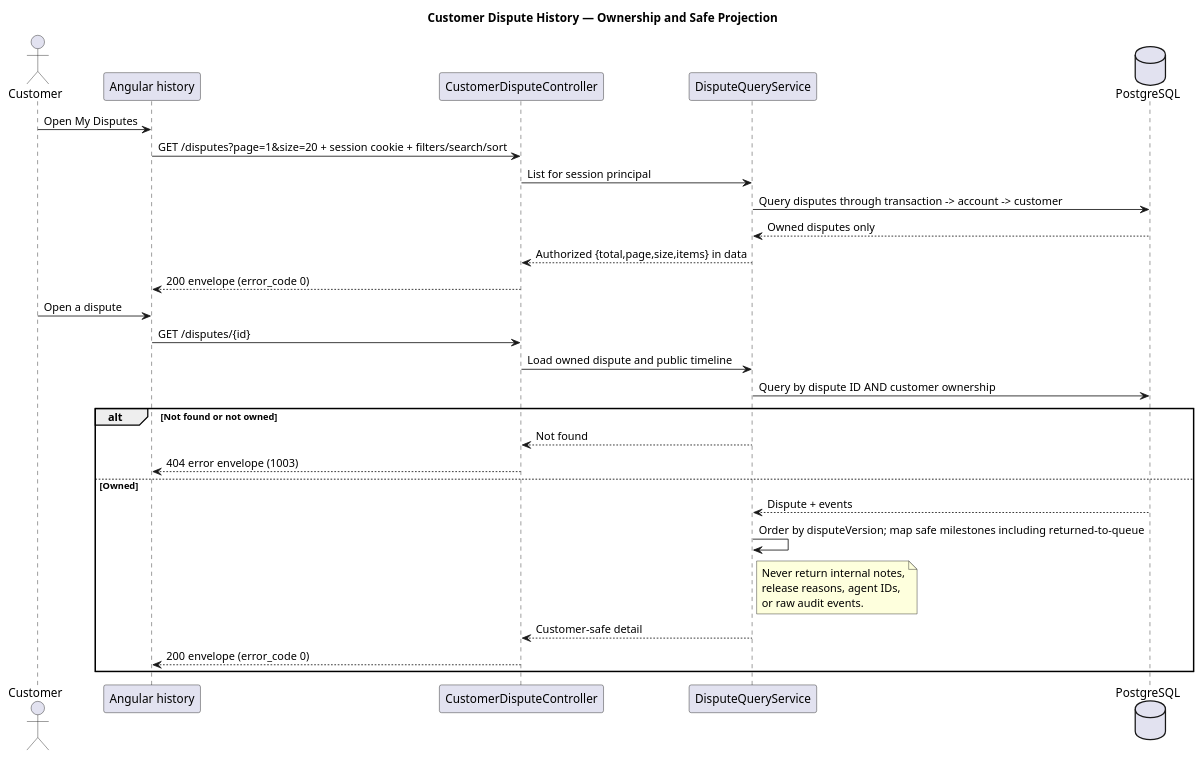
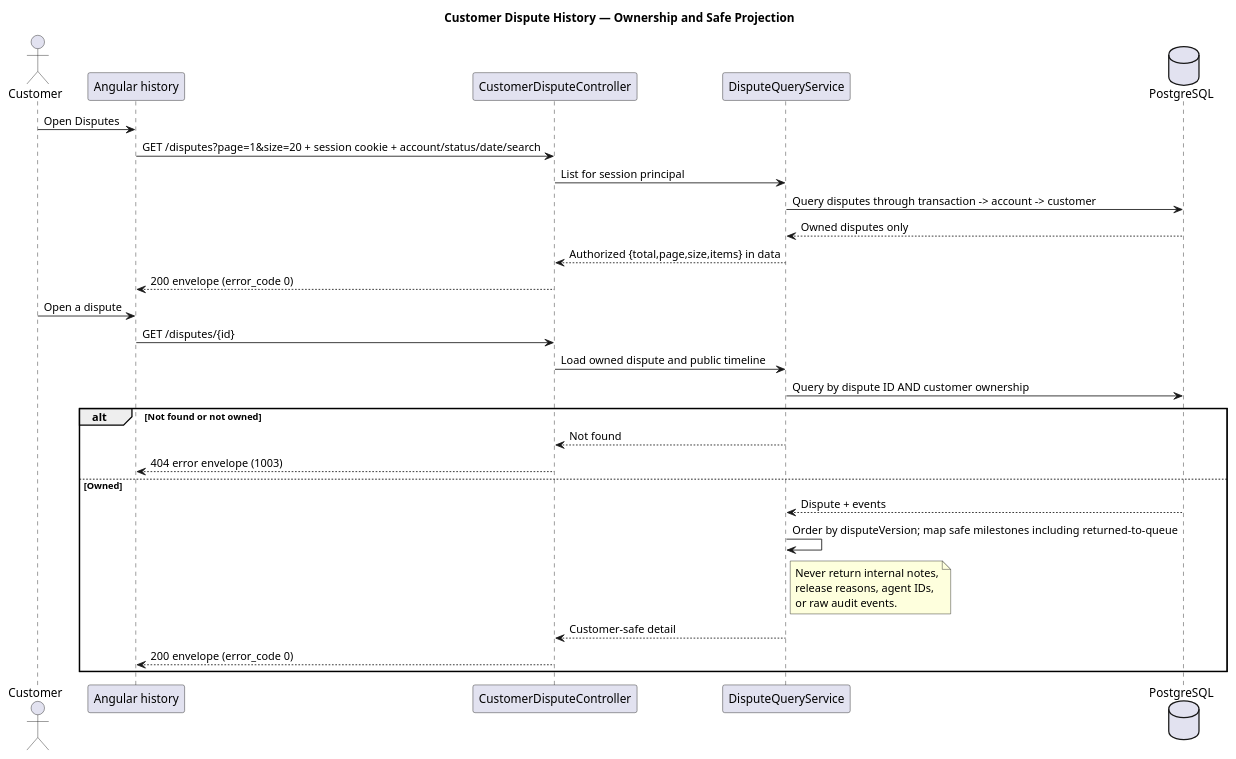
The diagram in docs/design/plantuml/customer-history.puml (DonaldMbara/transaction-dispute-portal), drawn with PlantUML before and after one commit. The commit also changed 62 other files, not shown here.

```diff
--- a/docs/design/plantuml/customer-history.puml
+++ b/docs/design/plantuml/customer-history.puml
@@ -1,33 +1,33 @@
 @startuml
 title Customer Dispute History — Ownership and Safe Projection
 actor Customer
 participant "Angular history" as UI
 participant "CustomerDisputeController" as C
 participant "DisputeQueryService" as S
 database PostgreSQL as DB
-Customer -> UI : Open My Disputes
-UI -> C : GET /disputes?page=1&size=20 + session cookie + filters/search/sort
+Customer -> UI : Open Disputes
+UI -> C : GET /disputes?page=1&size=20 + session cookie + account/status/date/search
 C -> S : List for session principal
 S -> DB : Query disputes through transaction -> account -> customer
 DB --> S : Owned disputes only
 S --> C : Authorized {total,page,size,items} in data
 C --> UI : 200 envelope (error_code 0)
 Customer -> UI : Open a dispute
 UI -> C : GET /disputes/{id}
 C -> S : Load owned dispute and public timeline
 S -> DB : Query by dispute ID AND customer ownership
 alt Not found or not owned
   S --> C : Not found
   C --> UI : 404 error envelope (1003)
 else Owned
   DB --> S : Dispute + events
   S -> S : Order by disputeVersion; map safe milestones including returned-to-queue
   note right of S
   Never return internal notes,
   release reasons, agent IDs,
   or raw audit events.
   end note
   S --> C : Customer-safe detail
   C --> UI : 200 envelope (error_code 0)
 end
 @enduml
```
